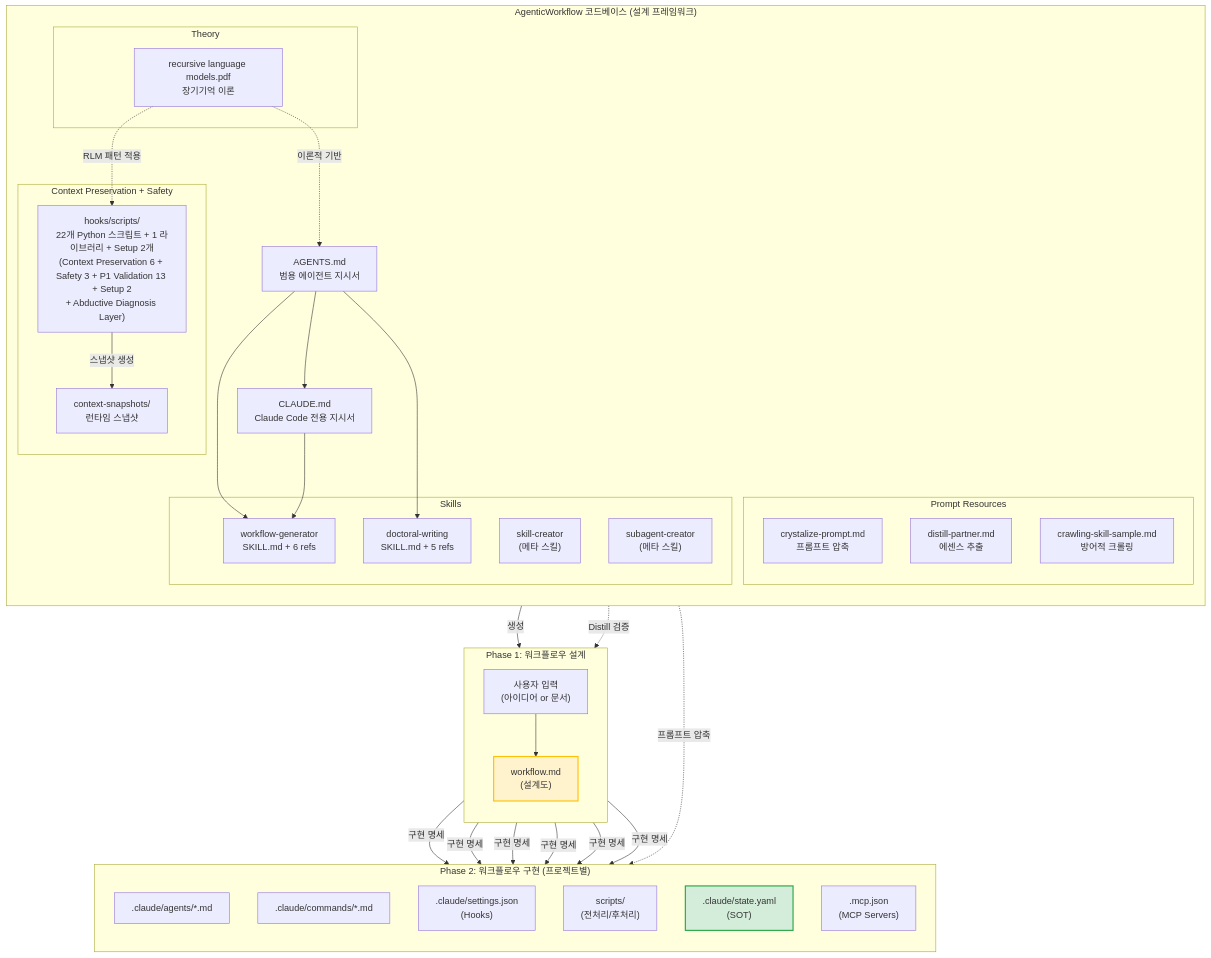
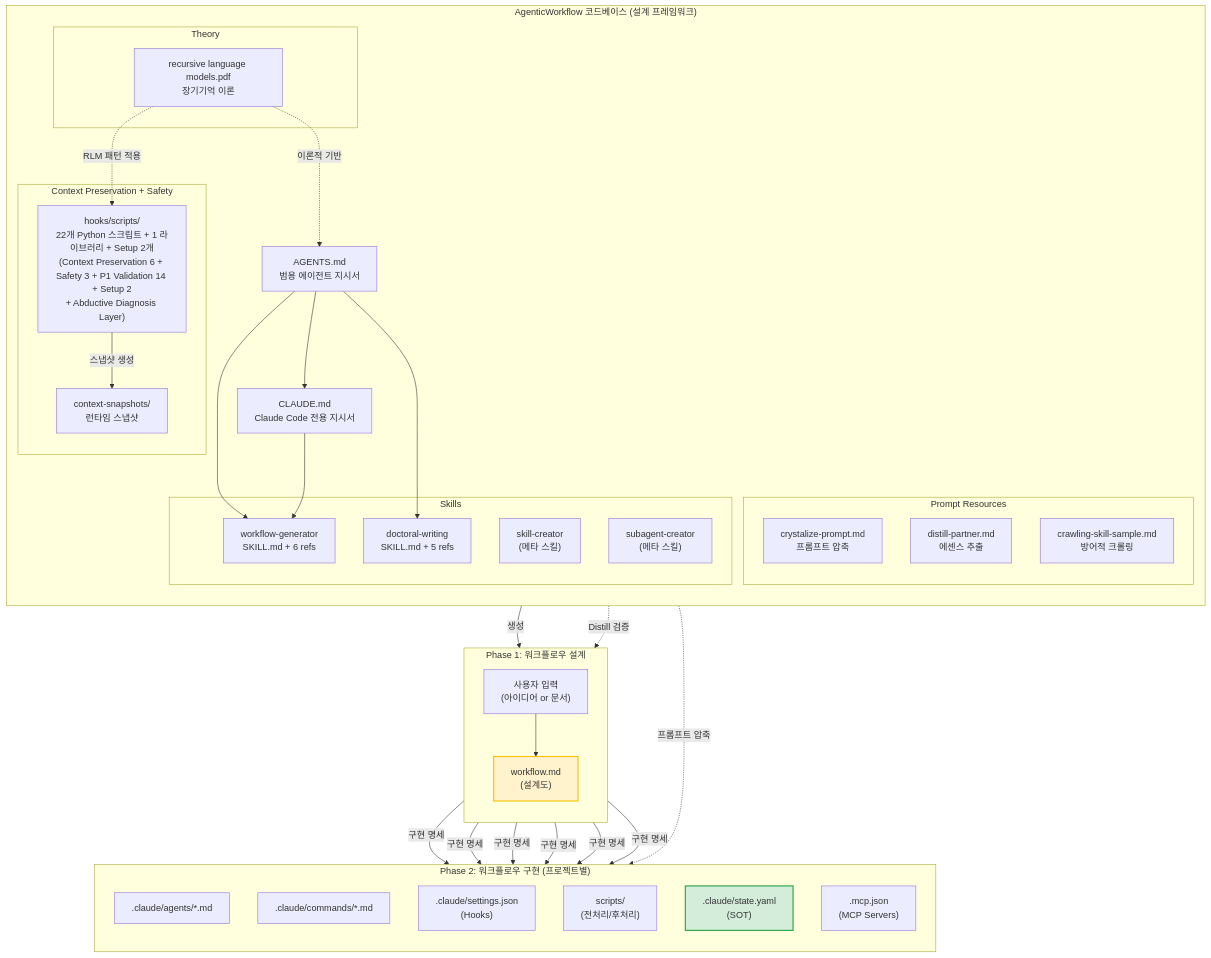
Before and after one commit to mosesrodchoi-stack/GlobalNews-Crawling-AgenticWorkflow: the third of 14 diagrams in AGENTICWORKFLOW-ARCHITECTURE-AND-PHILOSOPHY.md, drawn with Mermaid. The commit also changed other lines of this file and 11 other files, not shown here.

````diff
--- a/AGENTICWORKFLOW-ARCHITECTURE-AND-PHILOSOPHY.md
+++ b/AGENTICWORKFLOW-ARCHITECTURE-AND-PHILOSOPHY.md
@@ -232,68 +232,68 @@
 ```mermaid
 graph TB
     subgraph "AgenticWorkflow 코드베이스 (설계 프레임워크)"
         direction TB
         CLAUDE["CLAUDE.md<br/>Claude Code 전용 지시서"]
         AGENTS["AGENTS.md<br/>범용 에이전트 지시서"]
 
         subgraph "Skills"
             WG["workflow-generator<br/>SKILL.md + 6 refs"]
             DW["doctoral-writing<br/>SKILL.md + 5 refs"]
             SC_SK["skill-creator<br/>(메타 스킬)"]
             SA_SK["subagent-creator<br/>(메타 스킬)"]
         end
 
         subgraph "Context Preservation + Safety"
-            CPS["hooks/scripts/<br/>22개 Python 스크립트 + 1 라이브러리 + Setup 2개<br/>(Context Preservation 6 + Safety 3 + P1 Validation 13 + Setup 2<br/>+ Abductive Diagnosis Layer)"]
+            CPS["hooks/scripts/<br/>22개 Python 스크립트 + 1 라이브러리 + Setup 2개<br/>(Context Preservation 6 + Safety 3 + P1 Validation 14 + Setup 2<br/>+ Abductive Diagnosis Layer)"]
             CSS["context-snapshots/<br/>런타임 스냅샷"]
         end
 
         subgraph "Prompt Resources"
             CP["crystalize-prompt.md<br/>프롬프트 압축"]
             DP["distill-partner.md<br/>에센스 추출"]
             CS["crawling-skill-sample.md<br/>방어적 크롤링"]
         end
 
         subgraph "Theory"
             RLM["recursive language models.pdf<br/>장기기억 이론"]
         end
 
         AGENTS --> CLAUDE
         AGENTS --> WG
         AGENTS --> DW
         CLAUDE --> WG
         RLM -.->|"이론적 기반"| AGENTS
         RLM -.->|"RLM 패턴 적용"| CPS
         CPS -->|"스냅샷 생성"| CSS
     end
 
     subgraph "Phase 1: 워크플로우 설계"
         direction TB
         USER_INPUT["사용자 입력<br/>(아이디어 or 문서)"]
         WF["workflow.md<br/>(설계도)"]
         USER_INPUT --> WF
     end
 
     subgraph "Phase 2: 워크플로우 구현 (프로젝트별)"
         direction TB
         AG[".claude/agents/*.md"]
         CMD[".claude/commands/*.md"]
         HK[".claude/settings.json<br/>(Hooks)"]
         SC["scripts/<br/>(전처리/후처리)"]
         SOT[".claude/state.yaml<br/>(SOT)"]
         MCP[".mcp.json<br/>(MCP Servers)"]
     end
 
     WG -->|"생성"| WF
     DP -.->|"Distill 검증"| WF
     CP -.->|"프롬프트 압축"| AG
     WF -->|"구현 명세"| AG
     WF -->|"구현 명세"| CMD
     WF -->|"구현 명세"| HK
     WF -->|"구현 명세"| SC
     WF -->|"구현 명세"| SOT
     WF -->|"구현 명세"| MCP
 
     style WF fill:#fff3cd,stroke:#ffc107,stroke-width:2px
     style SOT fill:#d4edda,stroke:#28a745,stroke-width:2px
 ```
````
